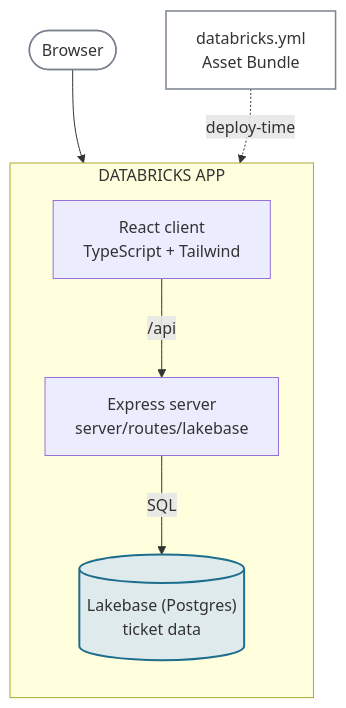
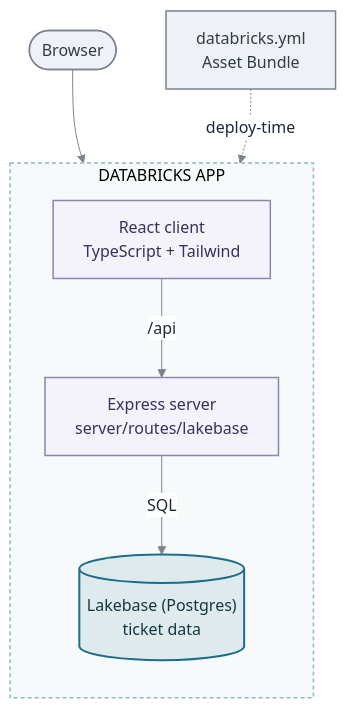
The fourth of 5 diagrams in README.md (DBishal13/databricks-ai-capstone), drawn with Mermaid before and after one commit. The commit also changed other lines of this file, not shown here.

First line of the commit message:
Fix washed-out Mermaid node colors on GitHub with an explicit base theme

````diff
--- a/README.md
+++ b/README.md
@@ -206,17 +223,22 @@
 ```mermaid
+%%{init: {"theme": "base", "themeVariables": {"primaryColor": "#ffffff", "primaryBorderColor": "#7b8390", "primaryTextColor": "#1f2937", "lineColor": "#7b8390"}}}%%
 flowchart TD
     Browser(["Browser"]) --> Client
 
     subgraph APP["DATABRICKS APP"]
         direction TB
         Client["React client<br/>TypeScript + Tailwind"] -->|/api| Server["Express server<br/>server/routes/lakebase"]
         Server -->|SQL| Lakebase[("Lakebase (Postgres)<br/>ticket data")]
     end
 
     Bundle["databricks.yml<br/>Asset Bundle"] -.deploy-time.-> APP
 
-    classDef hub fill:#dfeaec,stroke:#1c6e8c,stroke-width:2px;
-    classDef ext fill:#ffffff,stroke:#7b8390,stroke-width:1.5px;
+    style APP fill:#f6fafb,stroke:#8fb9c4,stroke-width:1.5px,stroke-dasharray:4 3
+
+    classDef hub fill:#dfeaec,stroke:#1c6e8c,stroke-width:2px,color:#123842;
+    classDef ext fill:#eef1f6,stroke:#7b8390,stroke-width:1.5px,color:#333c46;
+    classDef proc fill:#f4f2fb,stroke:#8b86ad,stroke-width:1.5px,color:#37325c;
     class Lakebase hub
     class Browser,Bundle ext
+    class Client,Server proc
 ```
````
